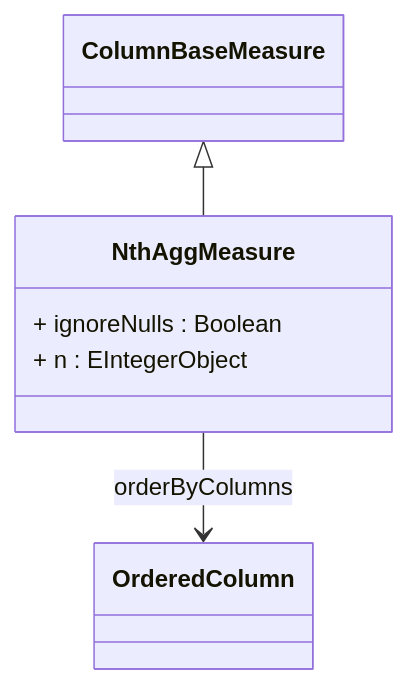
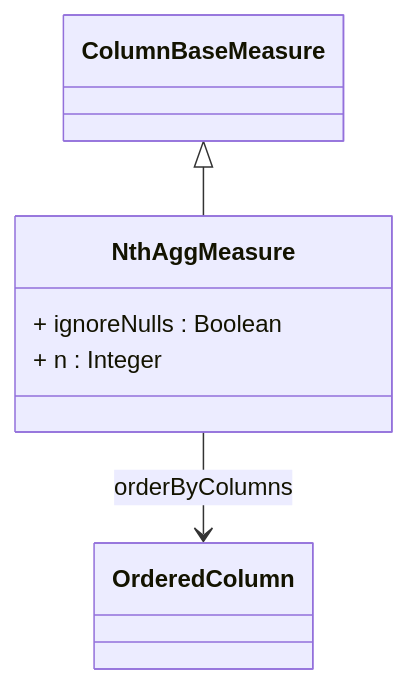
Before and after one commit to eclipse-daanse/eclipse-daanse.github.io: the diagram in docs/cubeserver/model/class-NthAggMeasure.md, drawn with Mermaid. The commit also changed other lines of this file and 138 other files, not shown here.

````diff
--- a/docs/cubeserver/model/class-NthAggMeasure.md
+++ b/docs/cubeserver/model/class-NthAggMeasure.md
@@ -83,11 +86,11 @@
 ```mermaid
 classDiagram
   class NthAggMeasure {
     + ignoreNulls : Boolean
-    + n : EIntegerObject
+    + n : Integer
   }
 
   ColumnBaseMeasure <|-- NthAggMeasure
   NthAggMeasure --> OrderedColumn : orderByColumns
 
 ```
````
